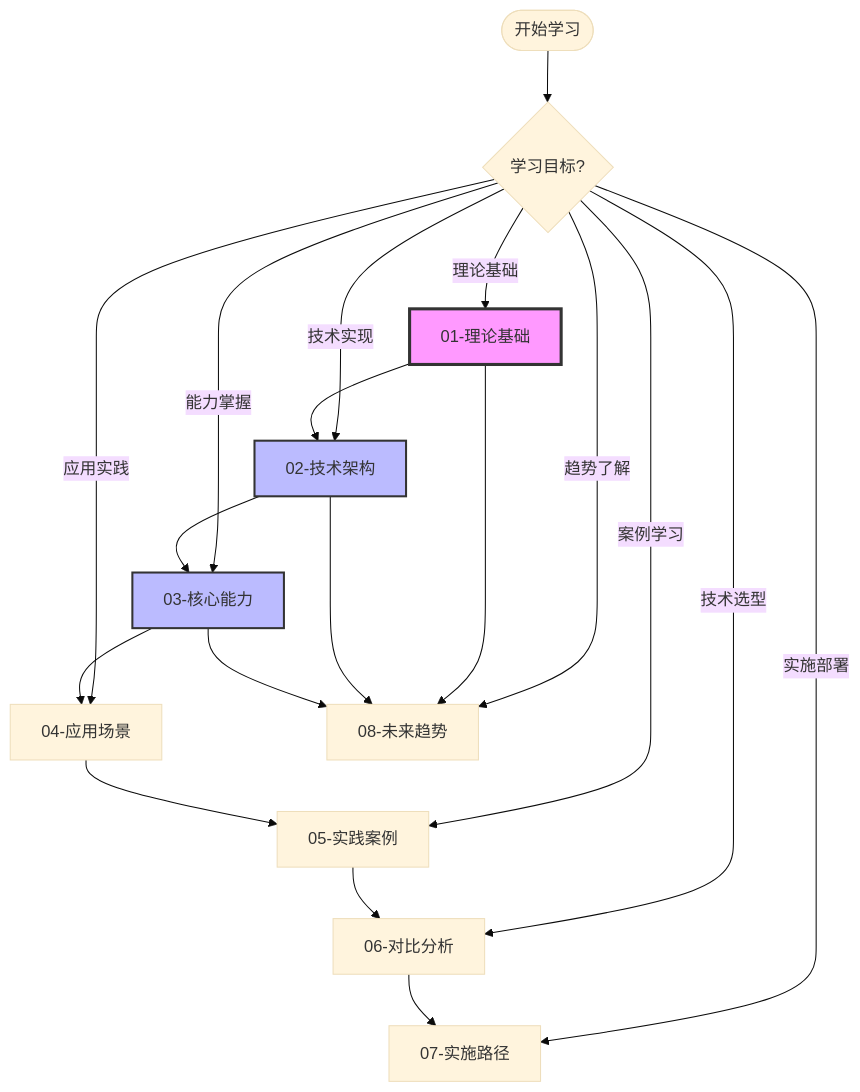
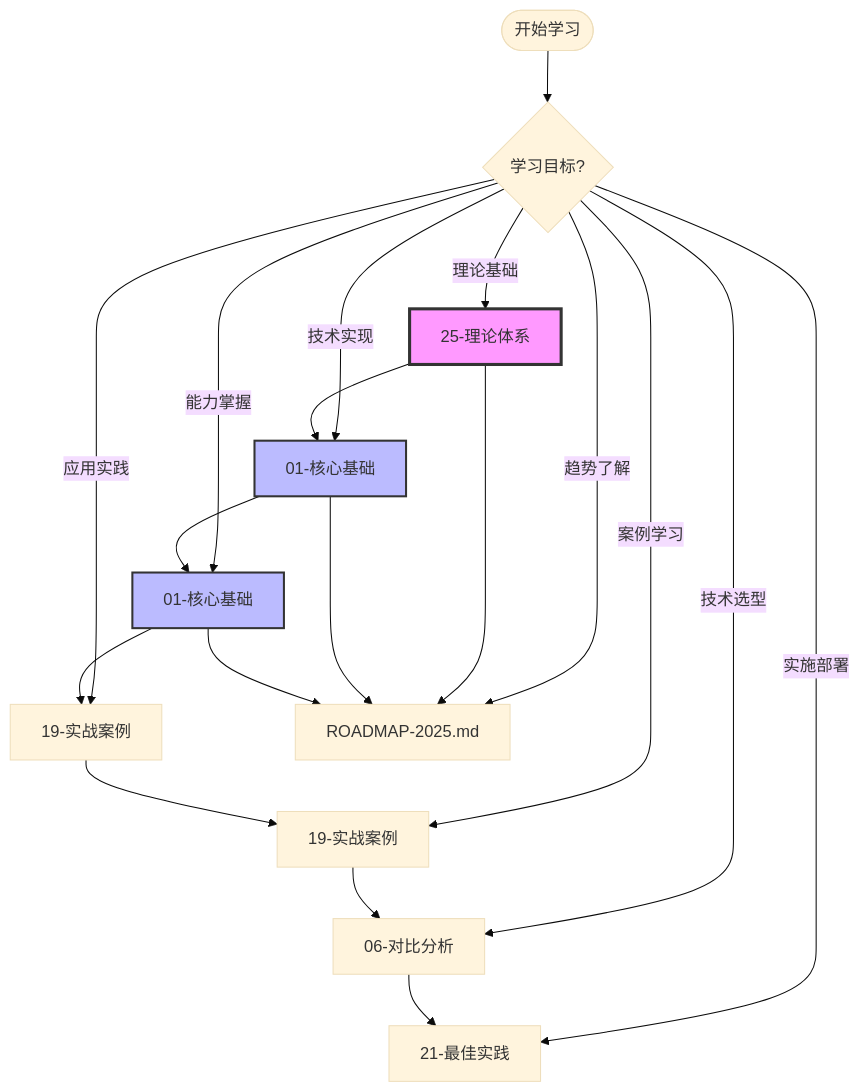
The second of 2 diagrams in Integrate/00-归档-项目管理文档/10-AI与机器学习/00-主题关联关系图.md (AdaMartin18010/PostgreSQL_modern), drawn with Mermaid (base theme) before and after one commit. The commit also changed other lines of this file and 574 other files, not shown here.

````diff
--- a/Integrate/00-归档-项目管理文档/10-AI与机器学习/00-主题关联关系图.md
+++ b/Integrate/00-归档-项目管理文档/10-AI与机器学习/00-主题关联关系图.md
@@ -254,27 +254,27 @@
 ```mermaid
 flowchart TD
     Start([开始学习]) --> A{学习目标?}
 
-    A -->|理论基础| B[01-理论基础]
-    A -->|技术实现| C[02-技术架构]
-    A -->|能力掌握| D[03-核心能力]
-    A -->|应用实践| E[04-应用场景]
-    A -->|案例学习| F[05-实践案例]
+    A -->|理论基础| B[25-理论体系]
+    A -->|技术实现| C[01-核心基础]
+    A -->|能力掌握| D[01-核心基础]
+    A -->|应用实践| E[19-实战案例]
+    A -->|案例学习| F[19-实战案例]
     A -->|技术选型| G[06-对比分析]
-    A -->|实施部署| H[07-实施路径]
-    A -->|趋势了解| I[08-未来趋势]
+    A -->|实施部署| H[21-最佳实践]
+    A -->|趋势了解| I[ROADMAP-2025.md]
 
     B --> C
     C --> D
     D --> E
     E --> F
     F --> G
     G --> H
     B --> I
     C --> I
     D --> I
 
     style B fill:#f9f,stroke:#333,stroke-width:3px
     style C fill:#bbf,stroke:#333,stroke-width:2px
     style D fill:#bbf,stroke:#333,stroke-width:2px
 ```
````
